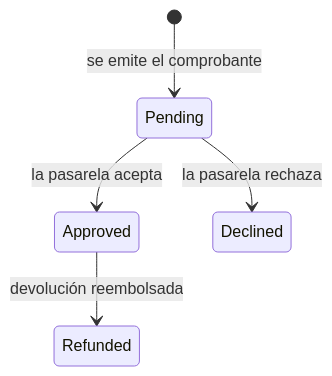
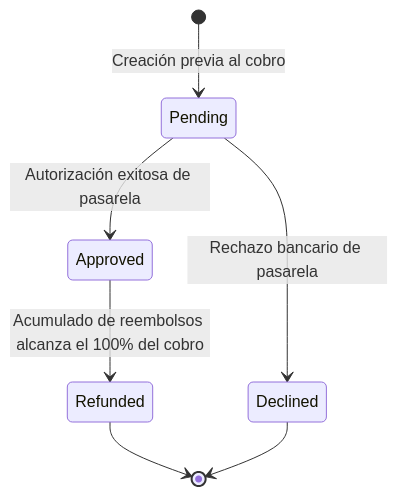
Before and after one commit to D-MachadoDev/Zentric: the fourth of 6 diagrams in backendSDD/Domain/07-lifecycle.md, drawn with Mermaid. The commit also changed other lines of this file, not shown here.

````diff
--- a/backendSDD/Domain/07-lifecycle.md
+++ b/backendSDD/Domain/07-lifecycle.md
@@ -119,7 +127,9 @@
 ```mermaid
 stateDiagram-v2
-    [*] --> Pending : se emite el comprobante
-    Pending --> Approved : la pasarela acepta
-    Pending --> Declined : la pasarela rechaza
-    Approved --> Refunded : devolución reembolsada
+    [*] --> Pending : Creación previa al cobro
+    Pending --> Approved : Autorización exitosa de pasarela
+    Pending --> Declined : Rechazo bancario de pasarela
+    Approved --> Refunded : Acumulado de reembolsos alcanza el 100% del cobro
+    Refunded --> [*]
+    Declined --> [*]
 ```
````
